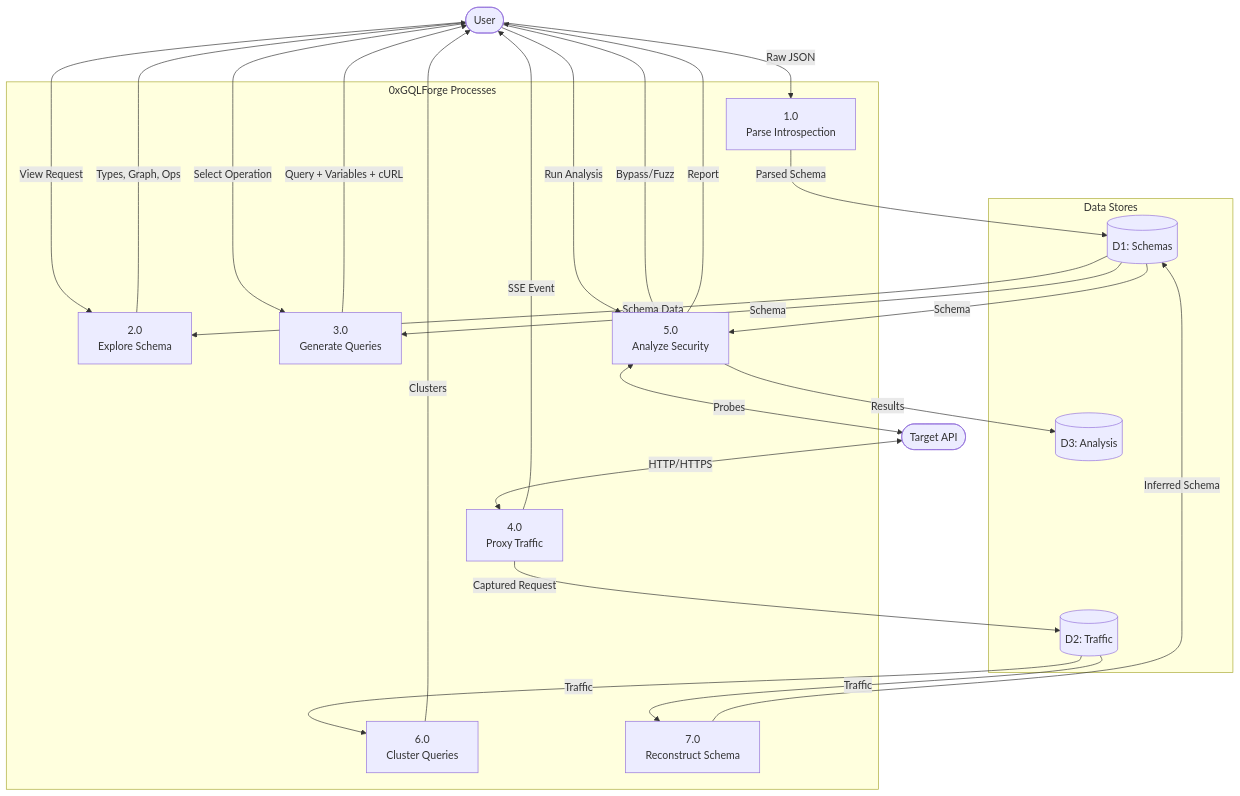
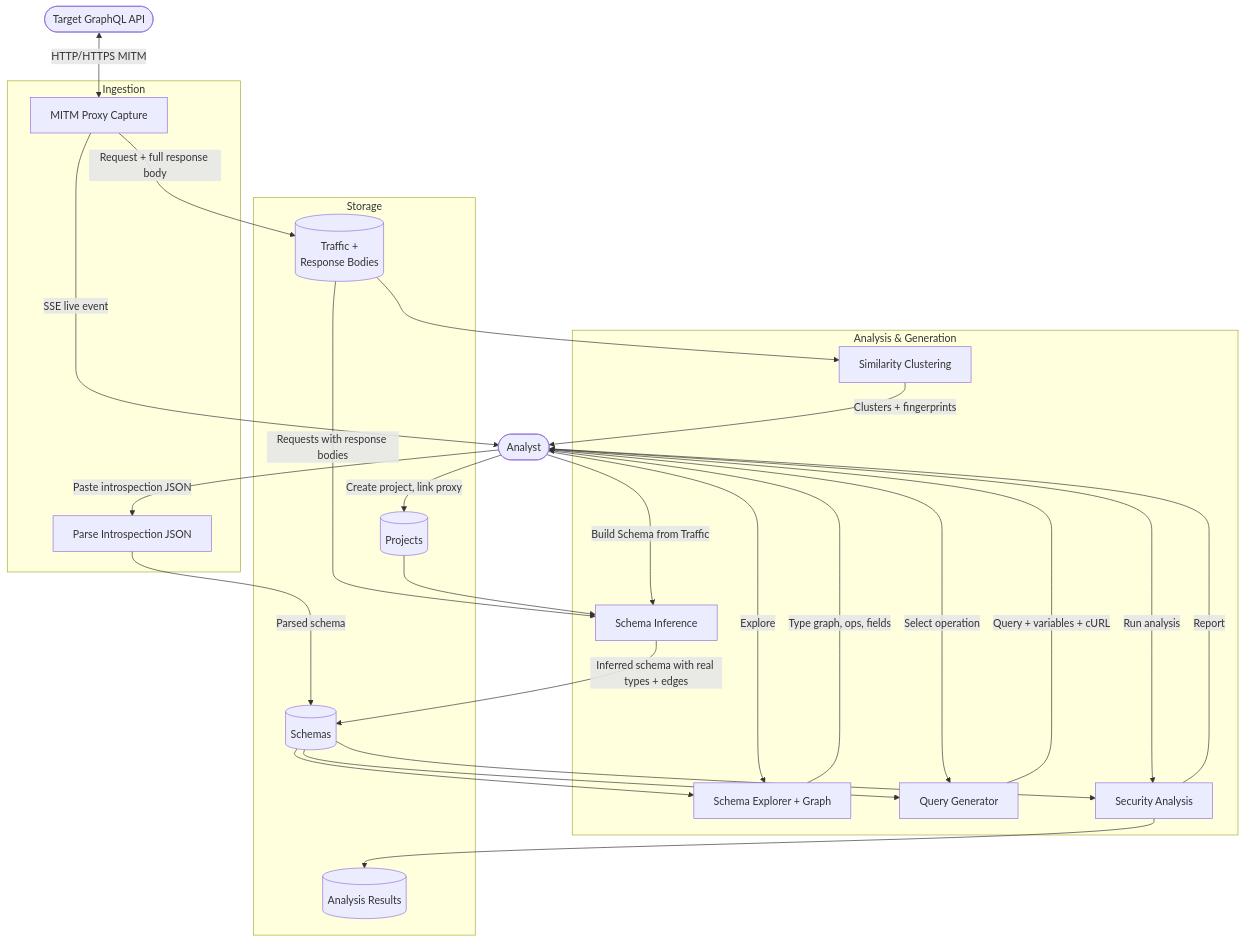
One commit to 0xDTC/0xGQLForge changed the second of 6 diagrams in README.md. Above: the diagram before and after it, drawn with Mermaid. The commit also changed other lines of this file and 9 other files, not shown here.

First line of the commit message:
Refactor schema inference and project management features

````diff
--- a/README.md
+++ b/README.md
@@ -186,50 +188,55 @@
 ```mermaid
 flowchart TB
-    USER([User])
-    TARGET([Target API])
+    USER([Analyst])
+    TARGET([Target GraphQL API])
 
-    subgraph "0xGQLForge Processes"
-        P1[1.0<br/>Parse Introspection]
-        P2[2.0<br/>Explore Schema]
-        P3[3.0<br/>Generate Queries]
-        P4[4.0<br/>Proxy Traffic]
-        P5[5.0<br/>Analyze Security]
-        P6[6.0<br/>Cluster Queries]
-        P7[7.0<br/>Reconstruct Schema]
+    subgraph "Ingestion"
+        P1[Parse Introspection JSON]
+        P4[MITM Proxy Capture]
     end
 
-    subgraph "Data Stores"
-        D1[(D1: Schemas)]
-        D2[(D2: Traffic)]
-        D3[(D3: Analysis)]
+    subgraph "Analysis & Generation"
+        P2[Schema Explorer + Graph]
+        P3[Query Generator]
+        P5[Security Analysis]
+        P6[Similarity Clustering]
+        P7[Schema Inference]
     end
 
-    USER -->|Raw JSON| P1
-    P1 -->|Parsed Schema| D1
+    subgraph "Storage"
+        D1[(Schemas)]
+        D2[(Traffic +<br/>Response Bodies)]
+        D3[(Analysis Results)]
+        D4[(Projects)]
+    end
 
-    USER -->|View Request| P2
-    D1 -->|Schema Data| P2
-    P2 -->|Types, Graph, Ops| USER
+    USER -->|Paste introspection JSON| P1
+    P1 -->|Parsed schema| D1
 
-    USER -->|Select Operation| P3
-    D1 -->|Schema| P3
-    P3 -->|Query + Variables + cURL| USER
+    USER -->|Explore| P2
+    D1 --> P2
+    P2 -->|Type graph, ops, fields| USER
 
-    TARGET <-->|HTTP/HTTPS| P4
-    P4 -->|Captured Request| D2
-    P4 -->|SSE Event| USER
+    USER -->|Select operation| P3
+    D1 --> P3
+    P3 -->|Query + variables + cURL| USER
 
-    USER -->|Run Analysis| P5
-    D1 -->|Schema| P5
-    P5 -->|Results| D3
+    TARGET <-->|HTTP/HTTPS MITM| P4
+    P4 -->|Request + full response body| D2
+    P4 -->|SSE live event| USER
+
+    USER -->|Create project, link proxy| D4
+
+    USER -->|Build Schema from Traffic| P7
+    D2 -->|Requests with response bodies| P7
+    D4 --> P7
+    P7 -->|Inferred schema with real types + edges| D1
+
+    USER -->|Run analysis| P5
+    D1 --> P5
+    P5 --> D3
     P5 -->|Report| USER
 
-    D2 -->|Traffic| P6
-    P6 -->|Clusters| USER
-
-    D2 -->|Traffic| P7
-    P7 -->|Inferred Schema| D1
-
-    USER -->|Bypass/Fuzz| P5
-    P5 <-->|Probes| TARGET
+    D2 --> P6
+    P6 -->|Clusters + fingerprints| USER
 ```
````
